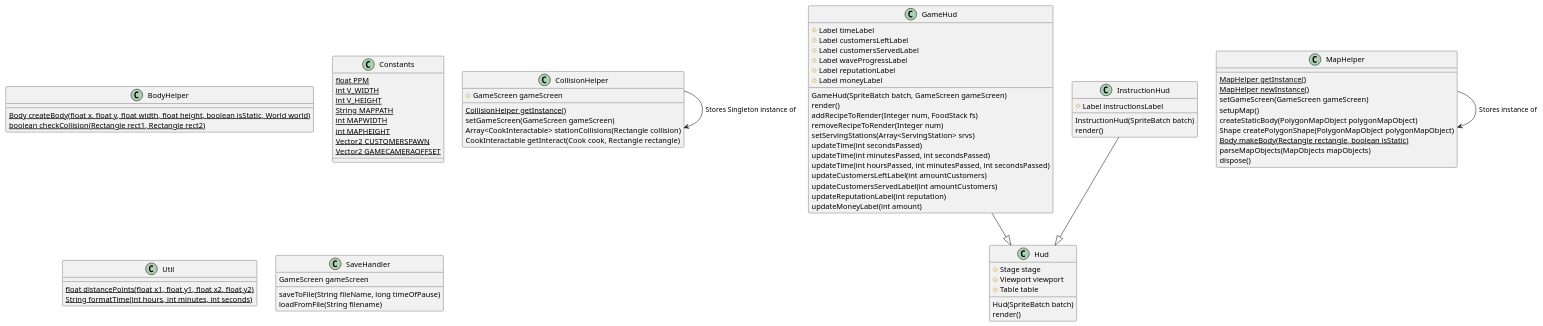
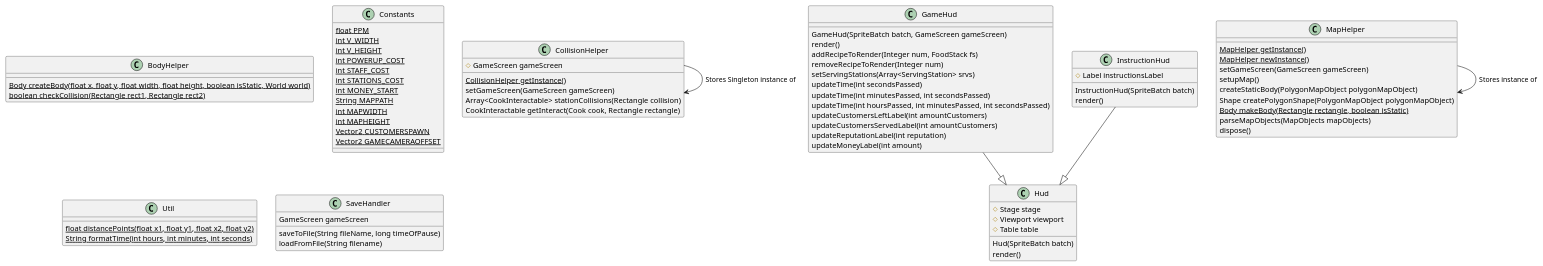
One commit to ENG1-TEAM3/project_eng1_team3_A2 changed the diagram in ENG1/SUBMITTABLES/Architecture/plantumls/helper.puml. Above: the diagram before and after it, drawn with PlantUML. The commit also changed 8 other files, not shown here.

```diff
--- a/ENG1/SUBMITTABLES/Architecture/plantumls/helper.puml
+++ b/ENG1/SUBMITTABLES/Architecture/plantumls/helper.puml
@@ -1,83 +1,81 @@
 @startuml
 class BodyHelper{
 {static} Body createBody(float x, float y, float width, float height, boolean isStatic, World world)
 {static} boolean checkCollision(Rectangle rect1, Rectangle rect2)
 }
 class CollisionHelper{
 # GameScreen gameScreen
 {static} CollisionHelper getInstance()
 setGameScreen(GameScreen gameScreen)
 Array<CookInteractable> stationCollisions(Rectangle collision)
 CookInteractable getInteract(Cook cook, Rectangle rectangle)
 }
 CollisionHelper --> CollisionHelper : Stores Singleton instance of
 class Constants{
 {static} float PPM
 {static} int V_WIDTH
 {static} int V_HEIGHT
+{static} int POWERUP_COST
+{static} int STAFF_COST
+{static} int STATIONS_COST
+{static} int MONEY_START
 {static} String MAPPATH
 {static} int MAPWIDTH
 {static} int MAPHEIGHT
 {static} Vector2 CUSTOMERSPAWN
 {static} Vector2 GAMECAMERAOFFSET
 }
 class GameHud{
-# Label timeLabel
-# Label customersLeftLabel
-# Label customersServedLabel
-# Label waveProgressLabel
-# Label reputationLabel
-# Label moneyLabel
 
 GameHud(SpriteBatch batch, GameScreen gameScreen)
 render()
 addRecipeToRender(Integer num, FoodStack fs)
 removeRecipeToRender(Integer num)
 setServingStations(Array<ServingStation> srvs)
 updateTime(int secondsPassed)
 updateTime(int minutesPassed, int secondsPassed)
 updateTime(int hoursPassed, int minutesPassed, int secondsPassed)
 updateCustomersLeftLabel(int amountCustomers)
 updateCustomersServedLabel(int amountCustomers)
 updateReputationLabel(int reputation)
 updateMoneyLabel(int amount)
 }
 class Hud{
 # Stage stage
 # Viewport viewport
 # Table table
 Hud(SpriteBatch batch)
 render()
 }
 class InstructionHud{
 # Label instructionsLabel
 InstructionHud(SpriteBatch batch)
 render()
 }
 class MapHelper{
 {static} MapHelper getInstance()
 {static} MapHelper newInstance()
 setGameScreen(GameScreen gameScreen)
 setupMap()
 createStaticBody(PolygonMapObject polygonMapObject)
 Shape createPolygonShape(PolygonMapObject polygonMapObject)
 {static} Body makeBody(Rectangle rectangle, boolean isStatic)
 parseMapObjects(MapObjects mapObjects)
 dispose()
 }
 MapHelper --> MapHelper : Stores instance of
 InstructionHud --|> Hud
 GameHud --|> Hud
 
 class Util{
 {static} float distancePoints(float x1, float y1, float x2, float y2)
 {static} String formatTime(int hours, int minutes, int seconds)
 }
 
 class SaveHandler{
 GameScreen gameScreen
 saveToFile(String fileName, long timeOfPause)
 loadFromFile(String filename)
 }
 
 @enduml
```
